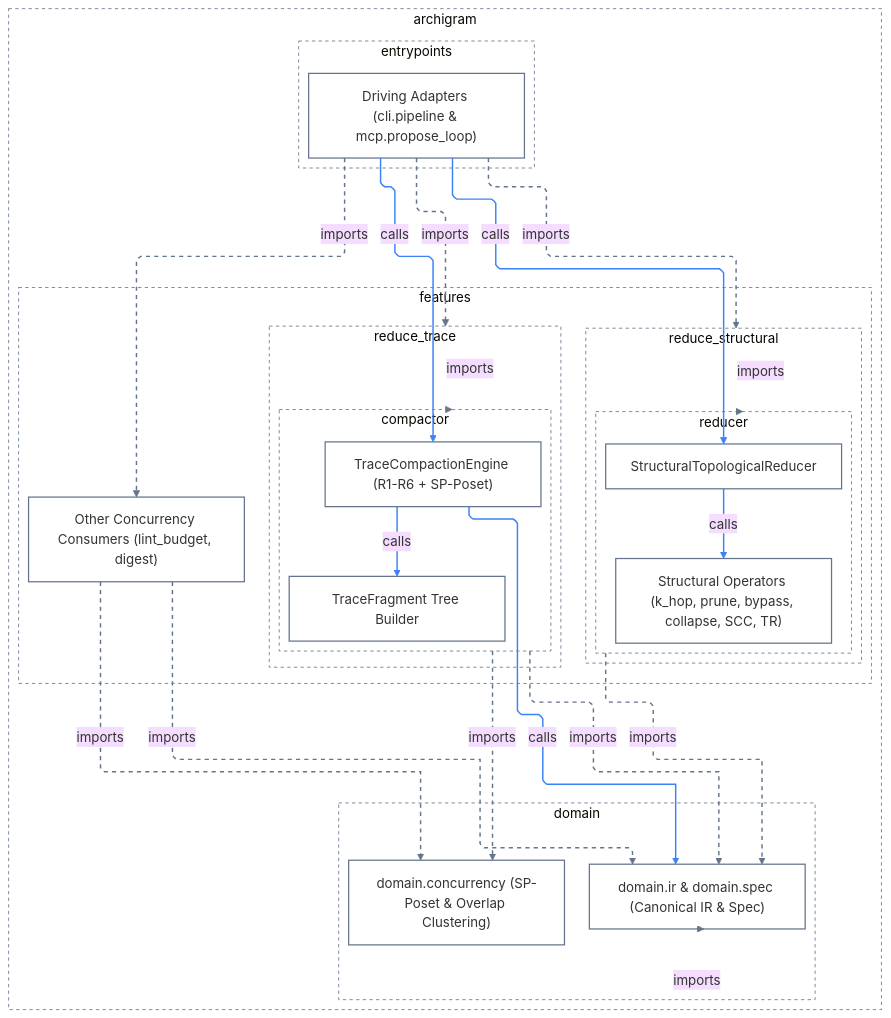
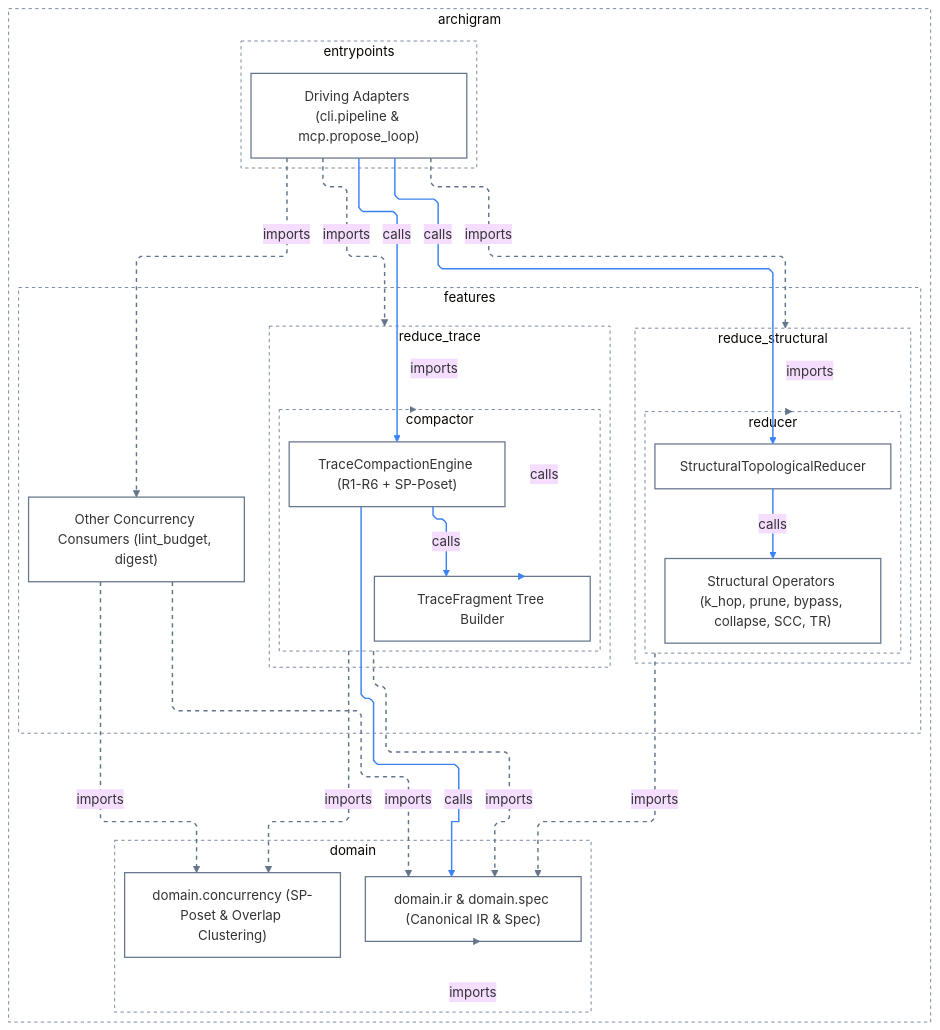
The second of 5 diagrams in docs/architecture/L2-subsystem-guides.md (klcd/archigram), drawn with Mermaid (base theme) before and after one commit. The commit also changed other lines of this file and 44 other files, not shown here.

````diff
--- a/docs/architecture/L2-subsystem-guides.md
+++ b/docs/architecture/L2-subsystem-guides.md
@@ -82,64 +82,65 @@
 ```mermaid
 ---
 config:
   layout: elk
   elk:
     mergeEdges: false
     nodePlacementStrategy: BRANDES_KOEPF
   flowchart:
     defaultRenderer: elk
     curve: linear
 ---
 flowchart TD
   classDef default fill:transparent,stroke:#64748b,stroke-width:1.5px
   subgraph n0["archigram"]
     subgraph n1["domain"]
       n9["domain.concurrency (SP-Poset & Overlap Clustering)"]
       n10["domain.ir & domain.spec (Canonical IR & Spec)"]
     end
     subgraph n2["entrypoints"]
       n11["Driving Adapters (cli.pipeline & mcp.propose_loop)"]
     end
     subgraph n3["features"]
       subgraph n4["reduce_structural"]
         subgraph n5["reducer"]
           n12["StructuralTopologicalReducer"]
           n13["Structural Operators (k_hop, prune, bypass, collapse, SCC, TR)"]
         end
       end
       subgraph n6["reduce_trace"]
         subgraph n7["compactor"]
           n14["TraceCompactionEngine (R1-R6 + SP-Poset)"]
           n15["TraceFragment Tree Builder"]
         end
       end
       n8["Other Concurrency Consumers (lint_budget, digest)"]
     end
   end
   style n0 fill:transparent,stroke:#64748b,stroke-width:1px,stroke-dasharray:4 4
   style n1 fill:transparent,stroke:#64748b,stroke-width:1px,stroke-dasharray:4 4
   style n2 fill:transparent,stroke:#64748b,stroke-width:1px,stroke-dasharray:4 4
   style n3 fill:transparent,stroke:#64748b,stroke-width:1px,stroke-dasharray:4 4
   style n4 fill:transparent,stroke:#64748b,stroke-width:1px,stroke-dasharray:4 4
   style n5 fill:transparent,stroke:#64748b,stroke-width:1px,stroke-dasharray:4 4
   style n6 fill:transparent,stroke:#64748b,stroke-width:1px,stroke-dasharray:4 4
   style n7 fill:transparent,stroke:#64748b,stroke-width:1px,stroke-dasharray:4 4
   n11 -.->|"imports"| n4
   n11 -.->|"imports"| n6
   n7 -.->|"imports"| n9
   n14 -->|"calls"| n10
   n5 -.->|"imports"| n10
   n7 -.->|"imports"| n10
   n10 -.->|"imports"| n1
   n8 -.->|"imports"| n9
   n8 -.->|"imports"| n10
   n11 -.->|"imports"| n8
   n11 -->|"calls"| n12
   n12 -->|"calls"| n13
   n11 -->|"calls"| n14
   n14 -->|"calls"| n15
+  n7 -->|"calls"| n15
   n4 -.->|"imports"| n5
   n6 -.->|"imports"| n7
-  linkStyle 0,1,2,4,5,6,7,8,9,14,15 stroke:#64748b,stroke-width:1.75px,stroke-dasharray:5 5
-  linkStyle 3,10,11,12,13 stroke:#3b82f6,stroke-width:1.75px
+  linkStyle 0,1,2,4,5,6,7,8,9,15,16 stroke:#64748b,stroke-width:1.75px,stroke-dasharray:5 5
+  linkStyle 3,10,11,12,13,14 stroke:#3b82f6,stroke-width:1.75px
 ```
````
